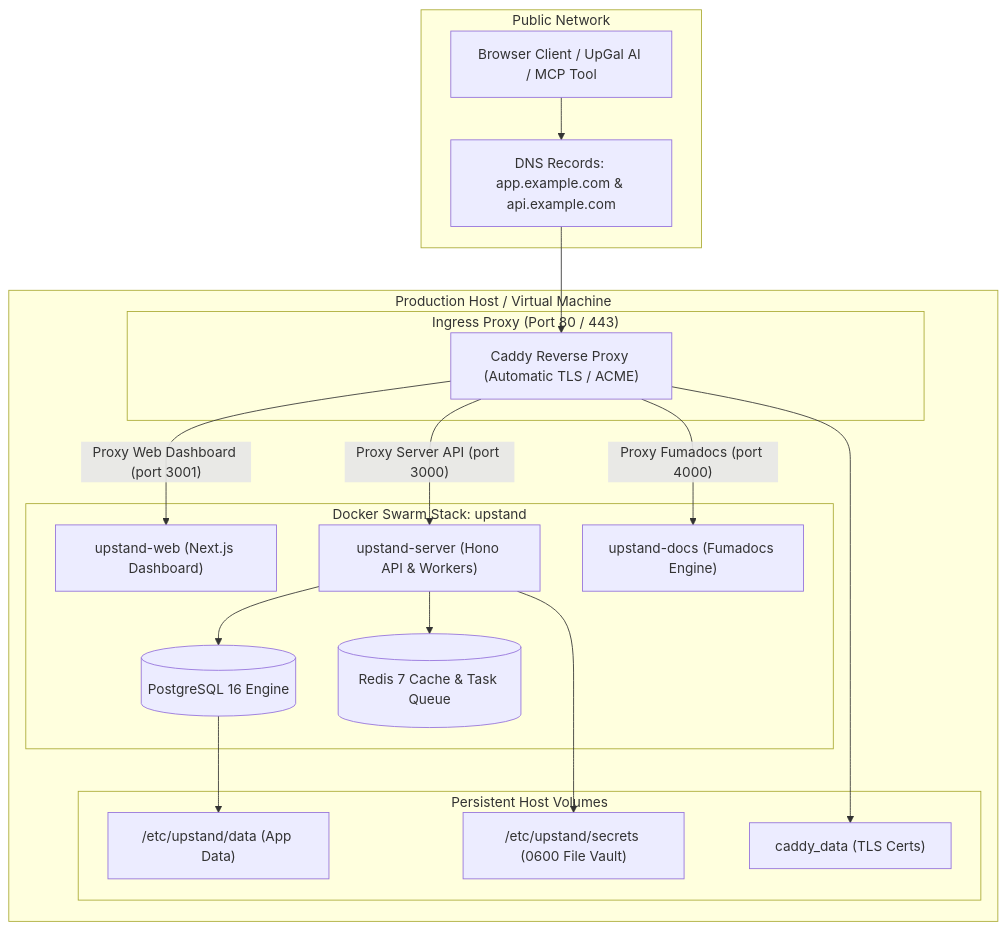
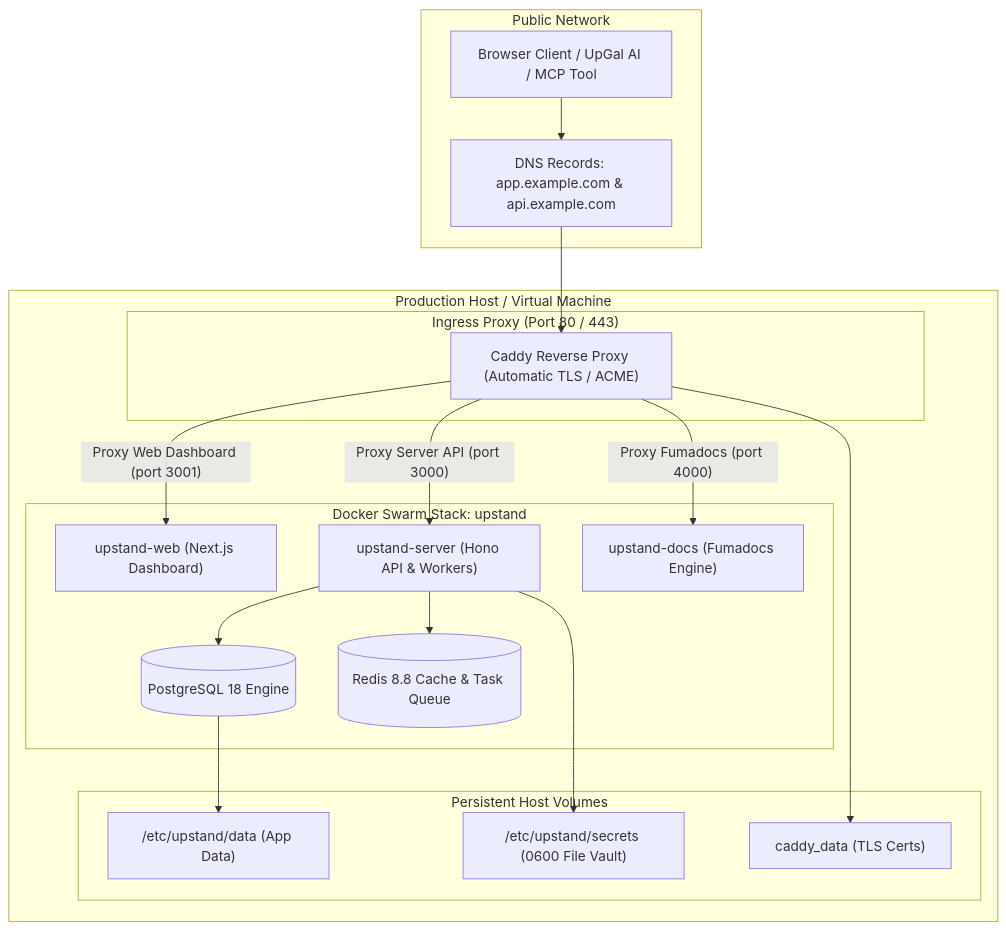
Before and after one commit to UpstandPlatform/upstand: the diagram in apps/fumadocs/content/docs/getting-started/self-hosting.mdx, drawn with Mermaid. The commit also changed other lines of this file and 18 other files, not shown here.

````diff
--- a/apps/fumadocs/content/docs/getting-started/self-hosting.mdx
+++ b/apps/fumadocs/content/docs/getting-started/self-hosting.mdx
@@ -14,38 +14,38 @@
 ```mermaid
 graph TD
     subgraph Internet["Public Network"]
         Client["Browser Client / UpGal AI / MCP Tool"]
         DNS["DNS Records: app.example.com & api.example.com"]
     end
 
     subgraph Host["Production Host / Virtual Machine"]
         subgraph IngressLayer["Ingress Proxy (Port 80 / 443)"]
             Caddy["Caddy Reverse Proxy (Automatic TLS / ACME)"]
         end
 
         subgraph SwarmCluster["Docker Swarm Stack: upstand"]
             WebUI["upstand-web (Next.js Dashboard)"]
             ServerAPI["upstand-server (Hono API & Workers)"]
             Fumadocs["upstand-docs (Fumadocs Engine)"]
-            DB[(PostgreSQL 16 Engine)]
-            Cache[(Redis 7 Cache & Task Queue)]
+            DB[(PostgreSQL 18 Engine)]
+            Cache[(Redis 8.8 Cache & Task Queue)]
         end
 
         subgraph StorageLayer["Persistent Host Volumes"]
             VolData["/etc/upstand/data (App Data)"]
             VolSecrets["/etc/upstand/secrets (0600 File Vault)"]
             VolCaddy["caddy_data (TLS Certs)"]
         end
     end
 
     Client --> DNS
     DNS --> Caddy
     Caddy -->|"Proxy Server API (port 3000)"| ServerAPI
     Caddy -->|"Proxy Web Dashboard (port 3001)"| WebUI
     Caddy -->|"Proxy Fumadocs (port 4000)"| Fumadocs
     ServerAPI --> DB
     ServerAPI --> Cache
     DB --> VolData
     ServerAPI --> VolSecrets
     Caddy --> VolCaddy
 ```
````
